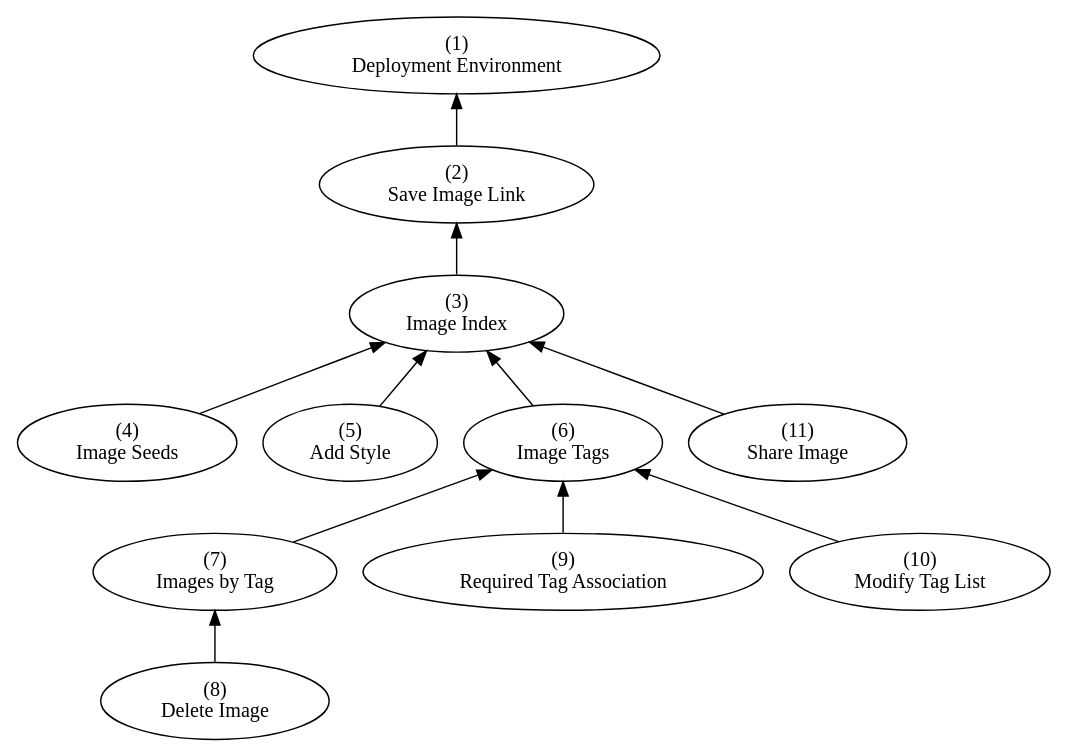
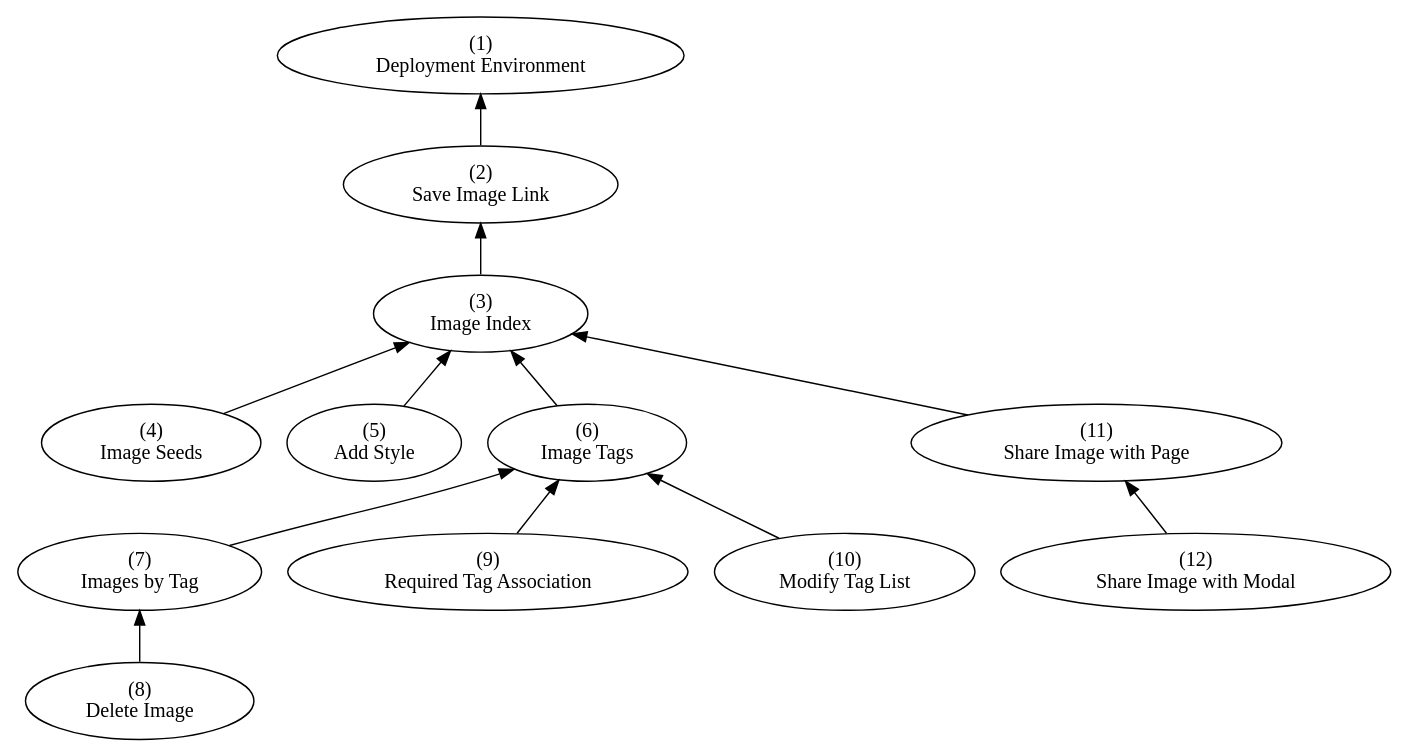
One commit to AppFolioOnboarding/tasks changed the diagram in dependencies.dot. Above: the diagram before and after it, drawn with Graphviz. The commit also changed 6 other files, not shown here.

Commit message:
jpp - Split "Share Image" issue into 2.

```diff
--- a/dependencies.dot
+++ b/dependencies.dot
@@ -1,26 +1,28 @@
 digraph Dependencies {
   rankdir=BT;
 
   "Deployment Environment" [label="(1)\nDeployment Environment"]
   "Save Image Link" [label="(2)\nSave Image Link"]
   "Image Index" [label="(3)\nImage Index"]
   "Image Seeds" [label="(4)\nImage Seeds"]
   "Add Style" [label="(5)\nAdd Style"]
   "Image Tags" [label="(6)\nImage Tags"]
   "Images by Tag" [label="(7)\nImages by Tag"]
   "Delete Image" [label="(8)\nDelete Image"]
   "Required Tag Association" [label="(9)\nRequired Tag Association"]
   "Modify Tag List" [label="(10)\nModify Tag List"]
-  "Share Image" [label="(11)\nShare Image"]
+  "Share Image with Page" [label="(11)\nShare Image with Page"]
+  "Share Image with Modal" [label="(12)\nShare Image with Modal"]
 
   "Add Style" -> "Image Index"
   "Delete Image" -> "Images by Tag"
   "Image Index" -> "Save Image Link"
   "Image Seeds" -> "Image Index"
   "Image Tags" -> "Image Index"
   "Images by Tag" -> "Image Tags"
   "Modify Tag List" -> "Image Tags"
   "Required Tag Association" -> "Image Tags"
   "Save Image Link" -> "Deployment Environment"
-  "Share Image" -> "Image Index"
+  "Share Image with Page" -> "Image Index"
+  "Share Image with Modal" -> "Share Image with Page"
 }
```
